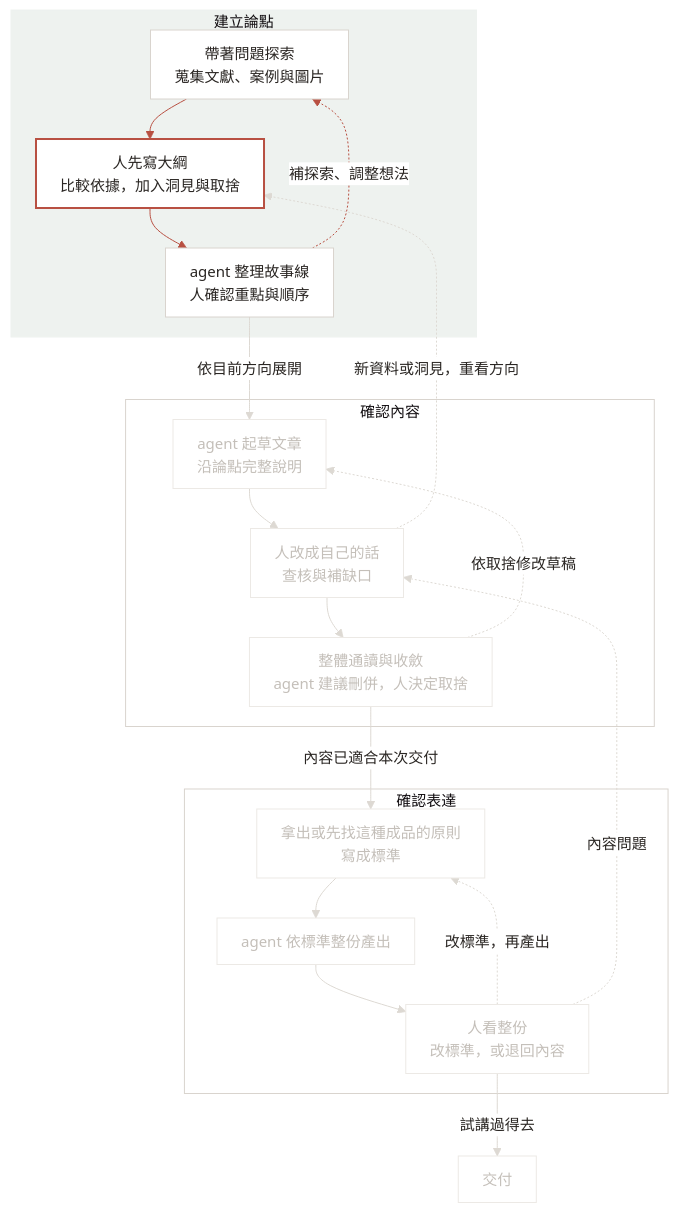
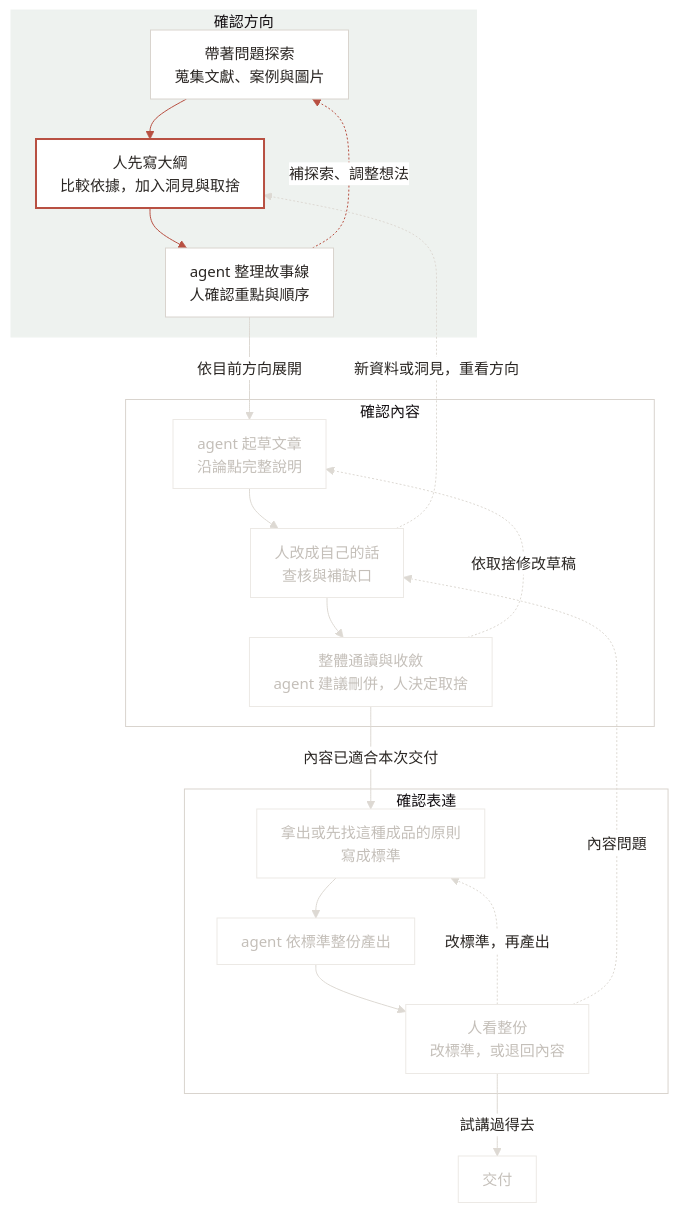
The diagram in assets/week2-diagrams/three-loops-h1.mmd (jimmy60504/agentic-knowledge-work), drawn with Mermaid before and after one commit. The commit also changed 17 other files, not shown here.

```diff
--- a/assets/week2-diagrams/three-loops-h1.mmd
+++ b/assets/week2-diagrams/three-loops-h1.mmd
@@ -1,34 +1,34 @@
 %%{init: {"theme": "base", "themeVariables": {"fontFamily": "PingFang TC, sans-serif", "fontSize": "15px", "primaryColor": "#FFFFFF", "primaryTextColor": "#2A2623", "primaryBorderColor": "#D9D4CE", "lineColor": "#6B6560", "clusterBkg": "#EEF2EF", "clusterBorder": "#EEF2EF", "edgeLabelBackground": "#FFFFFF", "tertiaryColor": "#EEF2EF"}, "flowchart": {"curve": "basis", "nodeSpacing": 30, "rankSpacing": 40, "padding": 12}}}%%
 flowchart TD
-    subgraph L1["建立論點"]
+    subgraph L1["確認方向"]
         A["帶著問題探索<br/>蒐集文獻、案例與圖片"] --> B["人先寫大綱<br/>比較依據，加入洞見與取捨"]
         B --> C["agent 整理故事線<br/>人確認重點與順序"]
         C -. 補探索、調整想法 .-> A
     end
     C -->|依目前方向展開| D
     subgraph L2["確認內容"]
         D["agent 起草文章<br/>沿論點完整說明"] --> E["人改成自己的話<br/>查核與補缺口"]
         E --> F["整體通讀與收斂<br/>agent 建議刪併，人決定取捨"]
         F -. 依取捨修改草稿 .-> D
     end
     E -. 新資料或洞見，重看方向 .-> B
     F -->|內容已適合本次交付| I
     subgraph L3["確認表達"]
         I["拿出或先找這種成品的原則<br/>寫成標準"] --> J["agent 依標準整份產出"]
         J --> K["人看整份<br/>改標準，或退回內容"]
         K -. 改標準，再產出 .-> I
     end
     K -. 內容問題 .-> E
     K -->|試講過得去| L["交付"]
     style D fill:#FFFFFF,stroke:#ECE9E5,color:#C4BFB9
     style E fill:#FFFFFF,stroke:#ECE9E5,color:#C4BFB9
     style F fill:#FFFFFF,stroke:#ECE9E5,color:#C4BFB9
     style I fill:#FFFFFF,stroke:#ECE9E5,color:#C4BFB9
     style J fill:#FFFFFF,stroke:#ECE9E5,color:#C4BFB9
     style K fill:#FFFFFF,stroke:#ECE9E5,color:#C4BFB9
     style L fill:#FFFFFF,stroke:#ECE9E5,color:#C4BFB9
     style L2 fill:#FFFFFF,stroke:#D9D4CE
     style L3 fill:#FFFFFF,stroke:#D9D4CE
     linkStyle 3,4,5,6,7,8,9,10,11,12,13 stroke:#DDD9D3
     linkStyle 0,1,2 stroke:#B85042
     style B stroke:#B85042,stroke-width:2px
```
